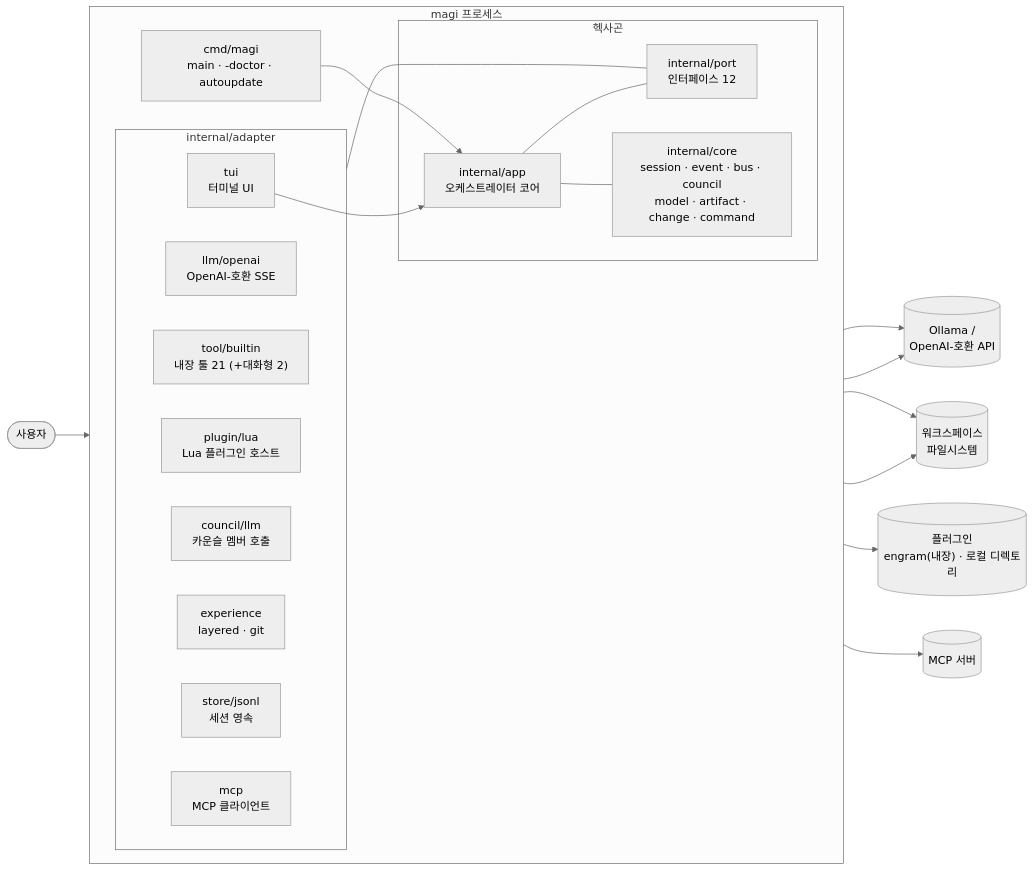
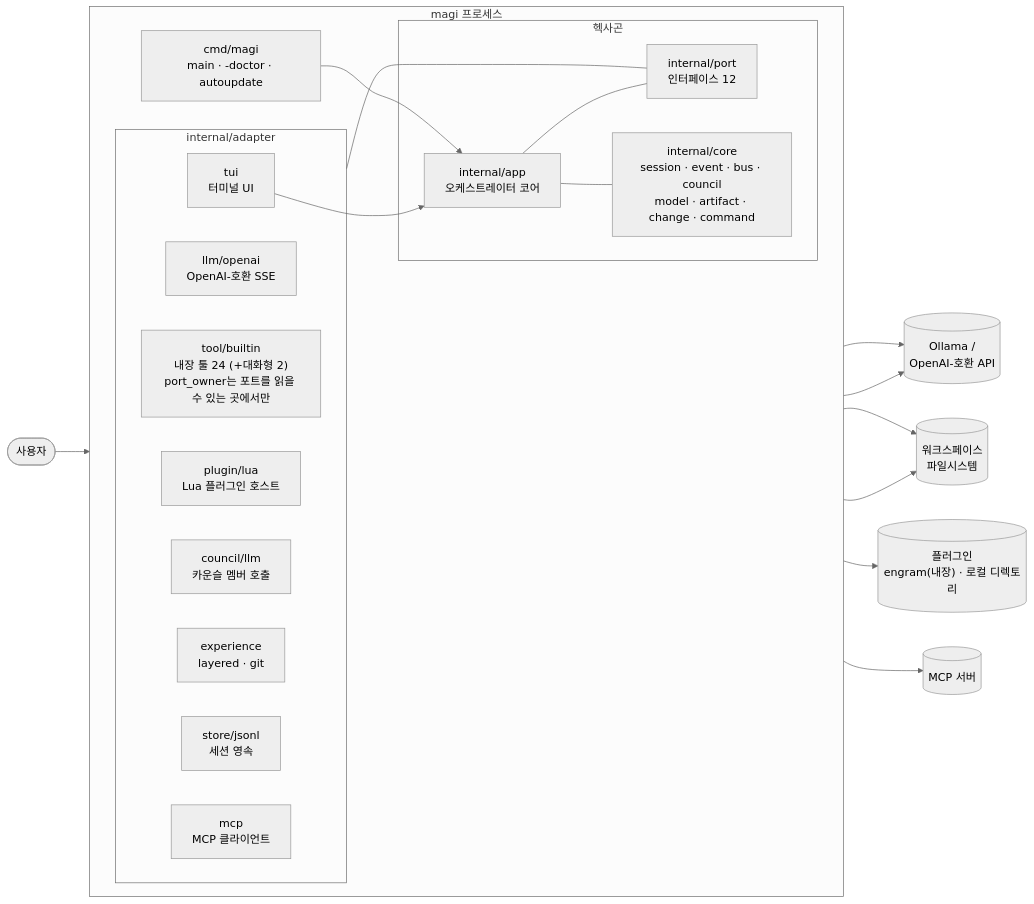
One commit to sayaya1090/magi changed the first of 19 diagrams in docs/DIAGRAMS.ko.md. Above: the diagram before and after it, drawn with Mermaid. The commit also changed 3 other files, not shown here.

````diff
--- a/docs/DIAGRAMS.ko.md
+++ b/docs/DIAGRAMS.ko.md
@@ -33,40 +33,40 @@
 ```mermaid
 %%{init: {'theme':'neutral','flowchart':{'curve':'basis'}}}%%
 flowchart LR
   user(["사용자"])
   subgraph proc["magi 프로세스"]
     direction LR
     cmd["cmd/magi<br/>main · -doctor · autoupdate"]
     subgraph hex["헥사곤"]
       app["internal/app<br/>오케스트레이터 코어"]
       port["internal/port<br/>인터페이스 12"]
       core["internal/core<br/>session · event · bus · council<br/>model · artifact · change · command"]
     end
     subgraph adp["internal/adapter"]
       tui["tui<br/>터미널 UI"]
       llm["llm/openai<br/>OpenAI-호환 SSE"]
-      tools["tool/builtin<br/>내장 툴 21 (+대화형 2)"]
+      tools["tool/builtin<br/>내장 툴 24 (+대화형 2)<br/>port_owner는 포트를 읽을 수 있는 곳에서만"]
       lua["plugin/lua<br/>Lua 플러그인 호스트"]
       council["council/llm<br/>카운슬 멤버 호출"]
       exp["experience<br/>layered · git"]
       store["store/jsonl<br/>세션 영속"]
       mcp["mcp<br/>MCP 클라이언트"]
     end
   end
   ollama[("Ollama /<br/>OpenAI-호환 API")]
   ws[("워크스페이스<br/>파일시스템")]
   plug[("플러그인<br/>engram(내장) · 로컬 디렉토리")]
   mcpsrv[("MCP 서버")]
 
   user --> tui --> app
   cmd --> app
   app --- port
   app --- core
   port --- adp
   llm --> ollama
   council --> ollama
   tools --> ws
   lua --> plug
   mcp --> mcpsrv
   store --> ws
 ```
````
